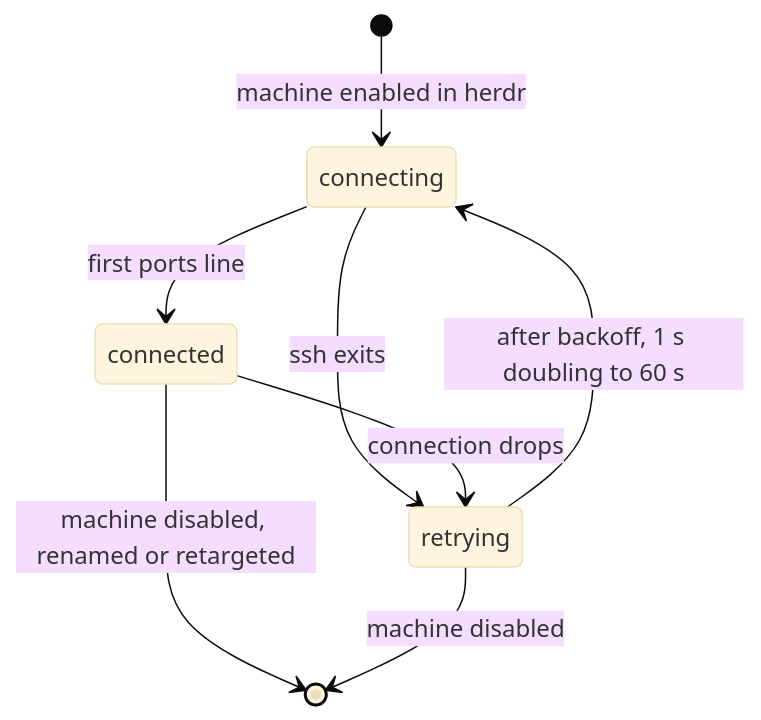
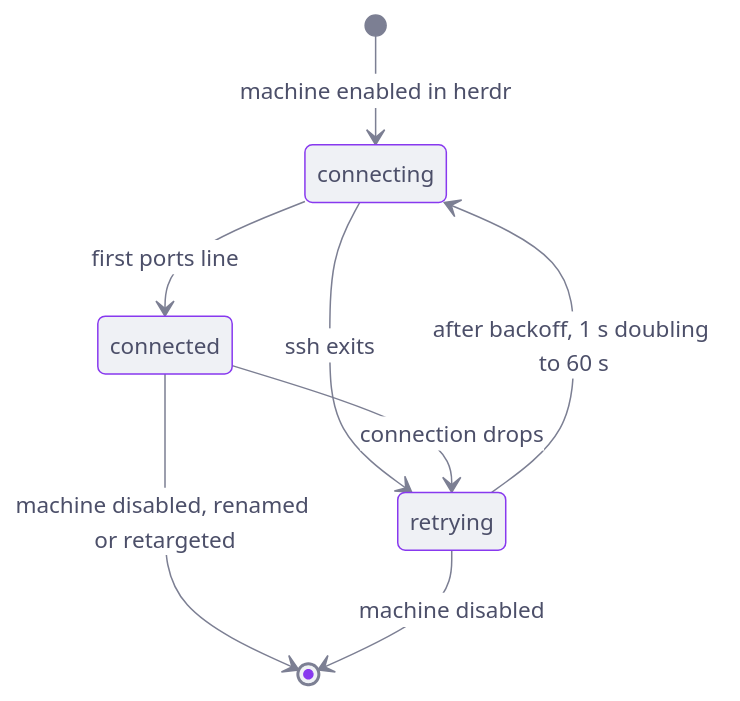
One commit to kujjwal02/bifrost changed the first of 6 diagrams in docs/architecture.md. Above: the diagram before and after it, drawn with Mermaid. The commit also changed other lines of this file and 2 other files, not shown here.

Commit message:
docs: drawn architecture overview, themed and simpler diagrams

````diff
--- a/docs/architecture.md
+++ b/docs/architecture.md
@@ -62,11 +31,11 @@
 ```mermaid
-%%{init: {"theme": "base", "themeVariables": {"fontFamily": "ui-sans-serif, system-ui"}}}%%
+%%{init: {"theme": "base", "themeVariables": {"fontFamily": "ui-sans-serif, system-ui, sans-serif", "fontSize": "15px", "primaryColor": "#eff1f5", "primaryBorderColor": "#8839ef", "primaryTextColor": "#4c4f69", "lineColor": "#7c7f93", "secondaryColor": "#e6e9ef", "tertiaryColor": "#f5f5fa", "edgeLabelBackground": "#ffffff", "actorBkg": "#eff1f5", "actorBorder": "#8839ef", "actorTextColor": "#4c4f69", "signalColor": "#5c5f77", "signalTextColor": "#4c4f69", "sequenceNumberColor": "#ffffff", "labelBoxBkgColor": "#eff1f5"}}}%%
 stateDiagram-v2
   [*] --> connecting: machine enabled in herdr
   connecting --> connected: first ports line
   connecting --> retrying: ssh exits
   connected --> retrying: connection drops
   retrying --> connecting: after backoff, 1 s doubling to 60 s
   connected --> [*]: machine disabled, renamed or retargeted
   retrying --> [*]: machine disabled
 ```
````
